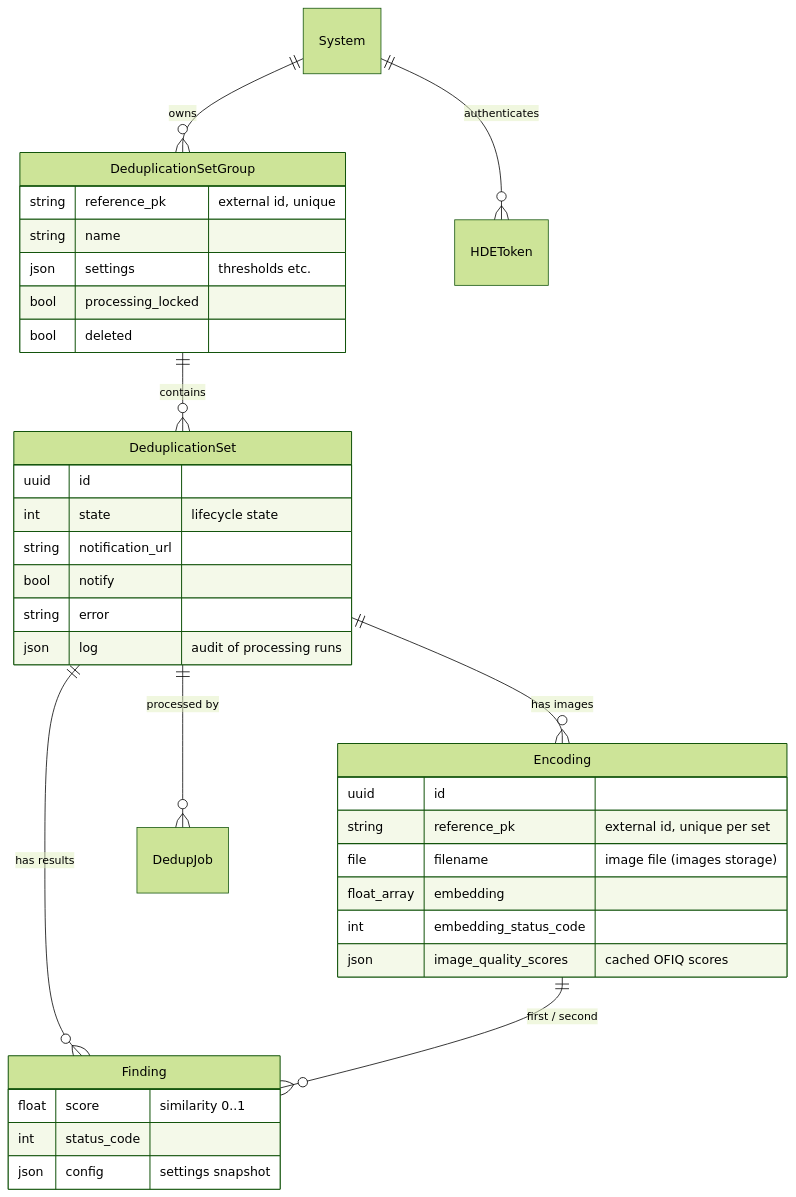
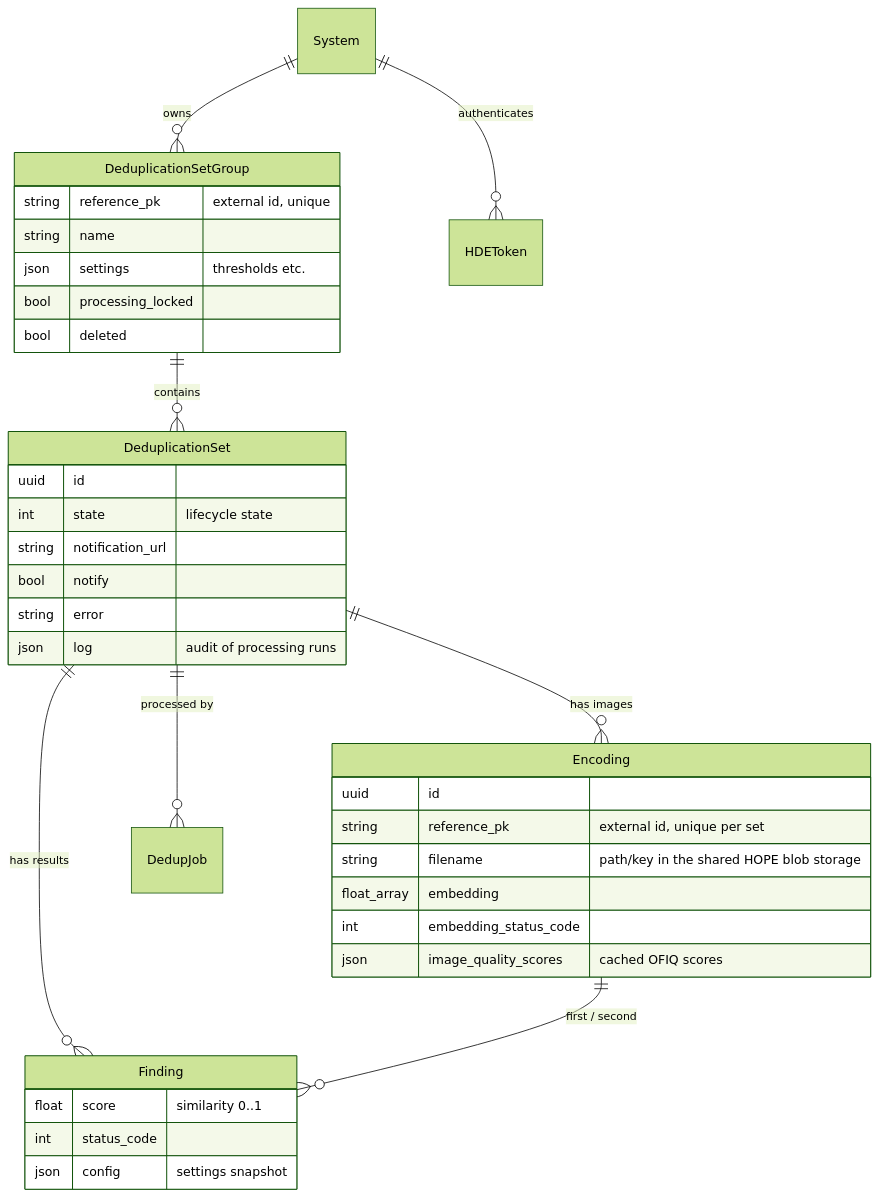
The diagram in docs/src/concepts/data-model.md (unicef/hope-dedup-engine), drawn with Mermaid (forest theme) before and after one commit. The commit also changed other lines of this file and 8 other files, not shown here.

````diff
--- a/docs/src/concepts/data-model.md
+++ b/docs/src/concepts/data-model.md
@@ -5,42 +5,42 @@
 ```mermaid
 erDiagram
     System ||--o{ DeduplicationSetGroup : owns
     System ||--o{ HDEToken : "authenticates"
     DeduplicationSetGroup ||--o{ DeduplicationSet : contains
     DeduplicationSet ||--o{ Encoding : "has images"
     DeduplicationSet ||--o{ Finding : "has results"
     DeduplicationSet ||--o{ DedupJob : "processed by"
     Encoding ||--o{ Finding : "first / second"
 
     DeduplicationSetGroup {
         string reference_pk "external id, unique"
         string name
         json settings "thresholds etc."
         bool processing_locked
         bool deleted
     }
 
     DeduplicationSet {
         uuid id
         int state "lifecycle state"
         string notification_url
         bool notify
         string error
         json log "audit of processing runs"
     }
 
     Encoding {
         uuid id
         string reference_pk "external id, unique per set"
-        file filename "image file (images storage)"
+        string filename "path/key in the shared HOPE blob storage"
         float_array embedding
         int embedding_status_code
         json image_quality_scores "cached OFIQ scores"
     }
 
     Finding {
         float score "similarity 0..1"
         int status_code
         json config "settings snapshot"
     }
 ```
````
